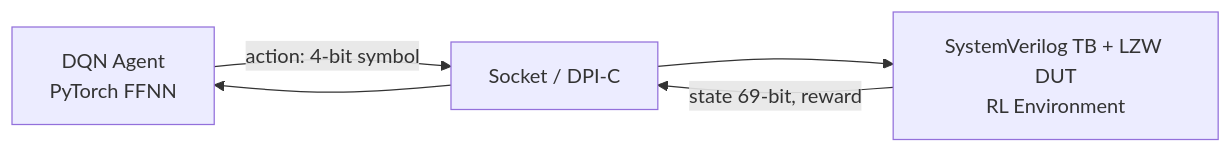
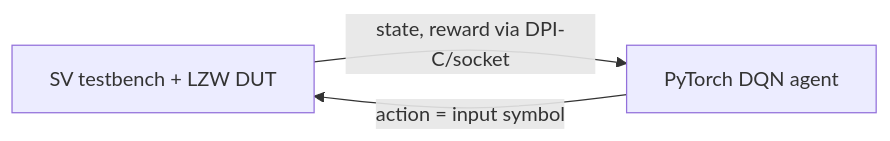
One commit to nemo99007/yt-paper changed the diagram in docs/papers/ref-20261018-8ec5-closing-functional-coverage-with-deep-reinforcement-learning.md. Above: the diagram before and after it, drawn with Mermaid. The commit also changed other lines of this file and 172 other files, not shown here.

````diff
--- a/docs/papers/ref-20261018-8ec5-closing-functional-coverage-with-deep-reinforcement-learning.md
+++ b/docs/papers/ref-20261018-8ec5-closing-functional-coverage-with-deep-reinforcement-learning.md
@@ -203,7 +225,5 @@
 ```mermaid
 flowchart LR
-    A[DQN Agent<br/>PyTorch FFNN] -- action: 4-bit symbol --> B[Socket / DPI-C]
-    B --> C[SystemVerilog TB + LZW DUT<br/>RL Environment]
-    C -- state 69-bit, reward --> B
-    B --> A
+  TB[SV testbench + LZW DUT] -- state, reward via DPI-C/socket --> DQN[PyTorch DQN agent]
+  DQN -- action = input symbol --> TB
 ```
````
